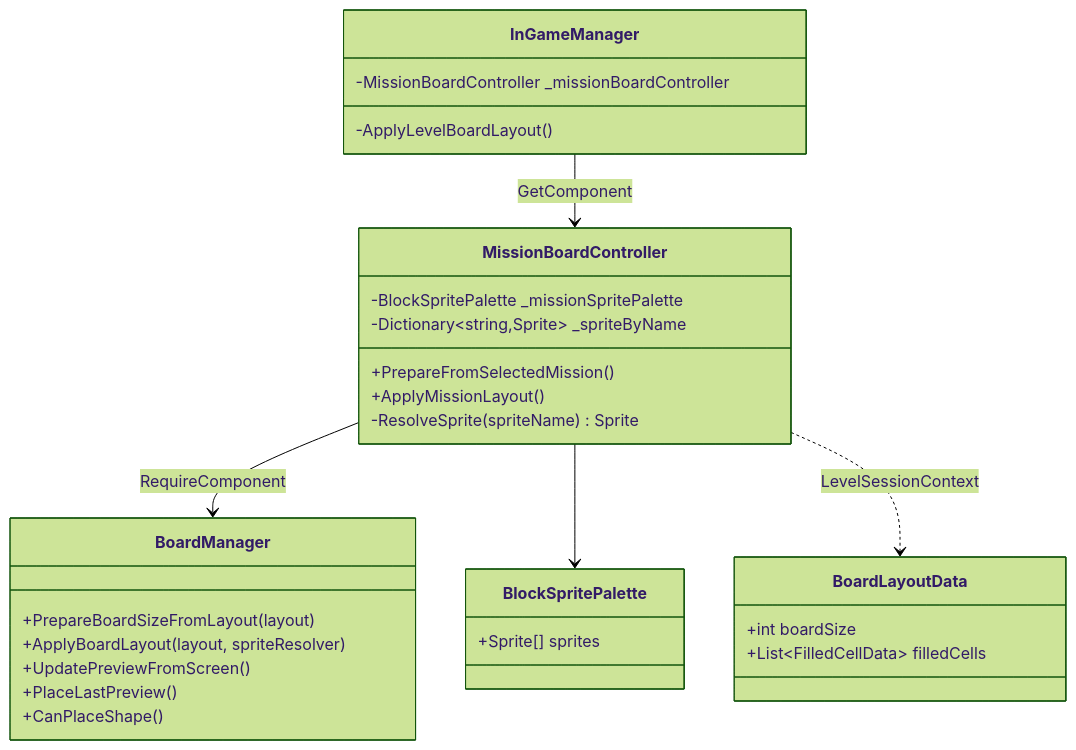
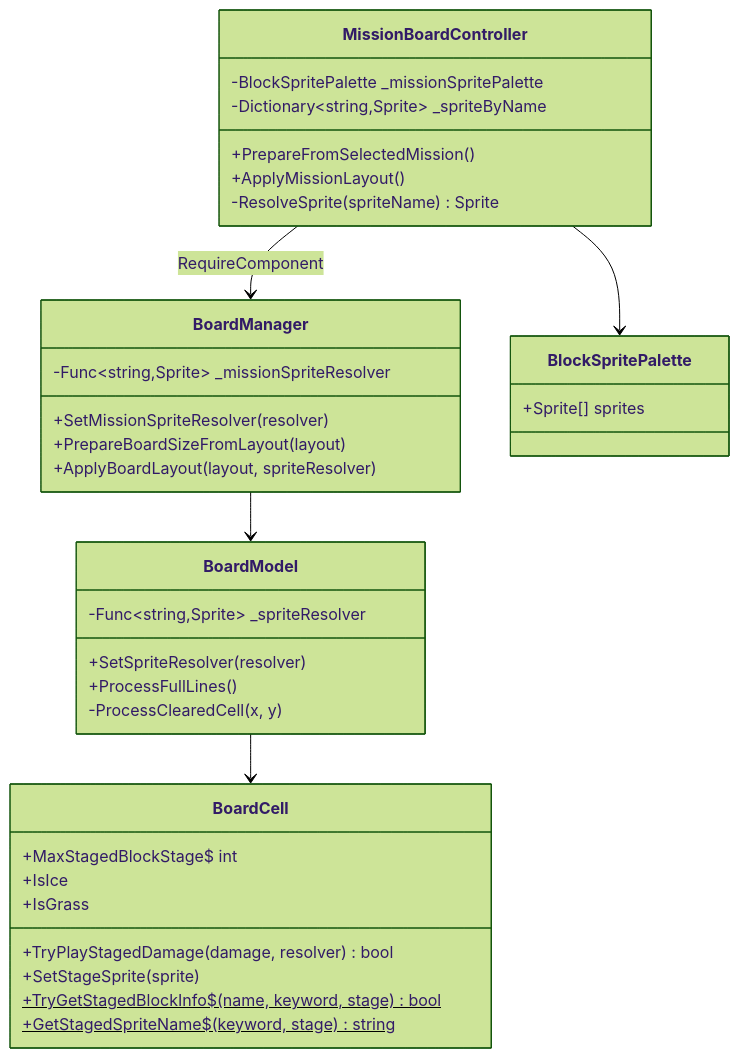
The third of 3 diagrams in docs/diagrams/mission-board-controller.md (chlghksgml01/BlockPuzzle), drawn with Mermaid (forest theme) before and after one commit. The commit also changed other lines of this file and 7 other files, not shown here.

Commit message:
faet: BP-5 ice, grass 블럭 제거

````diff
--- a/docs/diagrams/mission-board-controller.md
+++ b/docs/diagrams/mission-board-controller.md
@@ -25,37 +49,43 @@
 ```mermaid
 classDiagram
   class BoardManager {
+    -Func~string,Sprite~ _missionSpriteResolver
+    +SetMissionSpriteResolver(resolver)
     +PrepareBoardSizeFromLayout(layout)
     +ApplyBoardLayout(layout, spriteResolver)
-    +UpdatePreviewFromScreen()
-    +PlaceLastPreview()
-    +CanPlaceShape()
+  }
+
+  class BoardModel {
+    -Func~string,Sprite~ _spriteResolver
+    +SetSpriteResolver(resolver)
+    +ProcessFullLines()
+    -ProcessClearedCell(x, y)
+  }
+
+  class BoardCell {
+    +MaxStagedBlockStage$ int
+    +IsIce
+    +IsGrass
+    +TryPlayStagedDamage(damage, resolver) bool
+    +SetStageSprite(sprite)
+    +TryGetStagedBlockInfo$(name, keyword, stage)$ bool
+    +GetStagedSpriteName$(keyword, stage)$ string
   }
 
   class MissionBoardController {
     -BlockSpritePalette _missionSpritePalette
     -Dictionary~string,Sprite~ _spriteByName
     +PrepareFromSelectedMission()
     +ApplyMissionLayout()
     -ResolveSprite(spriteName) Sprite
   }
 
   class BlockSpritePalette {
     +Sprite[] sprites
   }
 
-  class InGameManager {
-    -MissionBoardController _missionBoardController
-    -ApplyLevelBoardLayout()
-  }
-
-  class BoardLayoutData {
-    +int boardSize
-    +List~FilledCellData~ filledCells
-  }
-
   MissionBoardController --> BoardManager : RequireComponent
   MissionBoardController --> BlockSpritePalette
-  InGameManager --> MissionBoardController : GetComponent
-  MissionBoardController ..> BoardLayoutData : LevelSessionContext
+  BoardManager --> BoardModel
+  BoardModel --> BoardCell
 ```
````
